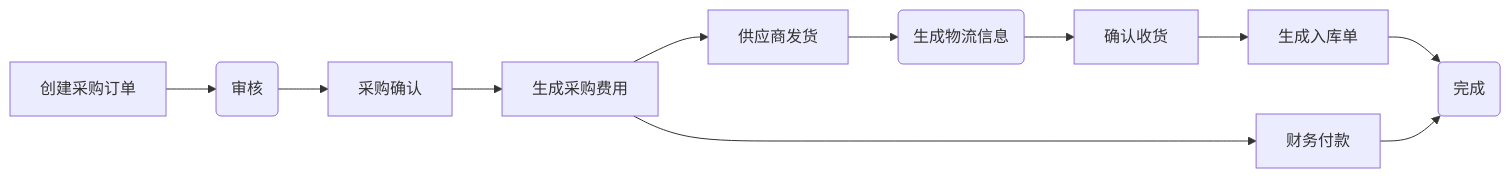
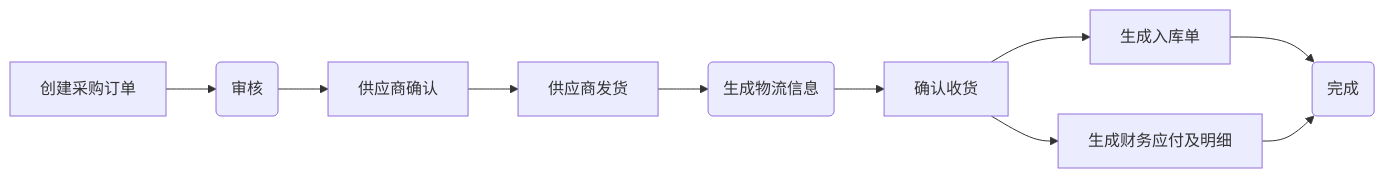
The first of 3 diagrams in README.md (zeasin/qihangerp), drawn with Mermaid before and after one commit. The commit also changed other lines of this file and 2 other files, not shown here.

````diff
--- a/README.md
+++ b/README.md
@@ -22,14 +22,13 @@
 ```mermaid
 graph LR
 A[创建采购订单] -->B(审核)
-    B --> C[采购确认]
-    C --> D[生成采购费用]
-    D --> E[供应商发货]
+    B --> C[供应商确认]
+    C --> E[供应商发货]
     E --> F1(生成物流信息)
     F1 --> G1[确认收货]
     G1 --> G3[生成入库单]
-    D --> G2[财务付款]
+    G1 --> G2[生成财务应付及明细]
     G3 --> H(完成)
     G2 --> H
 
 ```
````
